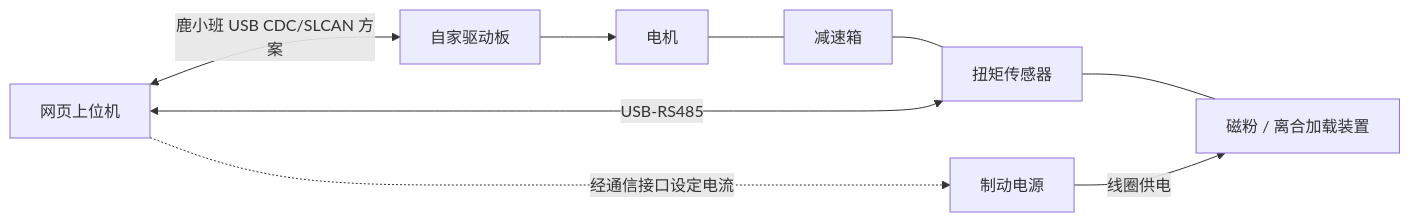
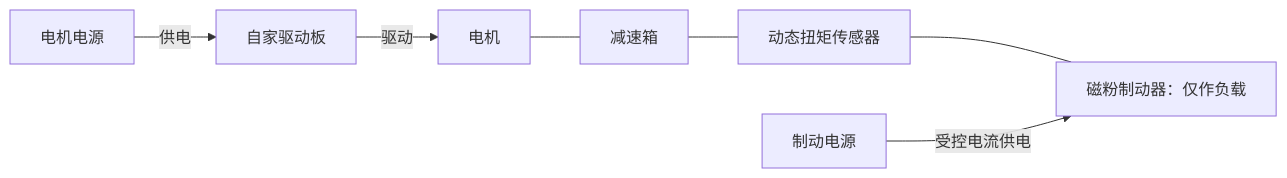
The first of 2 diagrams in docs/test-bench.md (Inntorque/motor-test-bench), drawn with Mermaid before and after one commit. The commit also changed other lines of this file and 8 other files, not shown here.

````diff
--- a/docs/test-bench.md
+++ b/docs/test-bench.md
@@ -21,11 +22,9 @@
 ```mermaid
 flowchart LR
-    D[自家驱动板] --> M[电机]
+    MP[电机电源] -->|供电| D[自家驱动板]
+    D -->|驱动| M[电机]
     M --- G[减速箱]
-    G --- T[扭矩传感器]
-    T --- L[磁粉 / 离合加载装置]
-    W[网页上位机] <-->|鹿小班 USB CDC/SLCAN 方案| D
-    W <-->|USB-RS485| T
-    W -.->|经通信接口设定电流| P[制动电源]
-    P -->|线圈供电| L
+    G --- T[动态扭矩传感器]
+    T --- L[磁粉制动器：仅作负载]
+    P[制动电源] -->|受控电流供电| L
 ```
````
